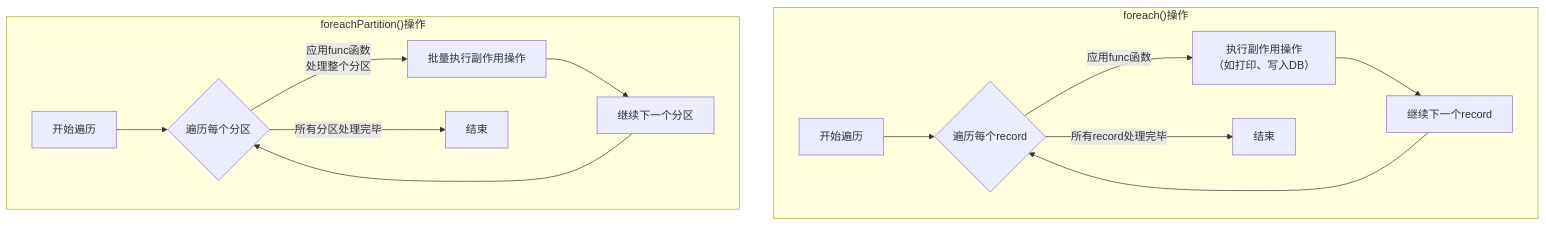
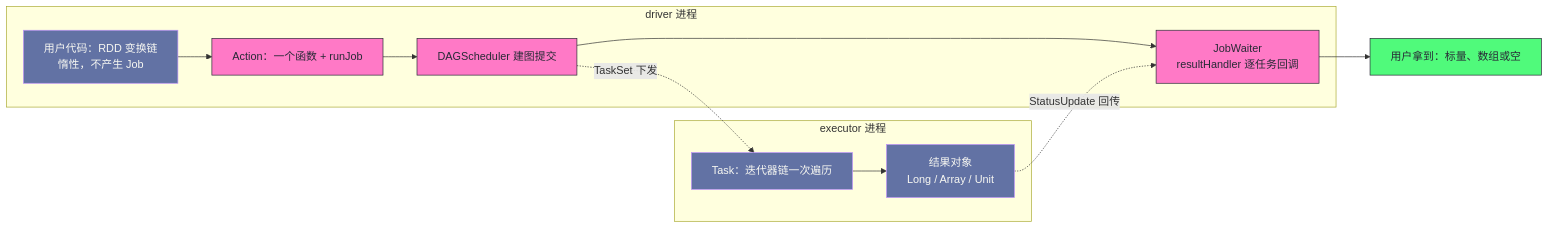
One commit to hpliStartAgain/my-brain changed the first of 6 diagrams in content/大数据/Spark/读书笔记-spark内核/01_核心概念与基础/4. Spark_RDD_Action_操作深度解析.md. Above: the diagram before and after it, drawn with Mermaid. The commit also changed other lines of this file and 259 other files, not shown here.

````diff
--- a/content/大数据/Spark/读书笔记-spark内核/01_核心概念与基础/4. Spark_RDD_Action_操作深度解析.md
+++ b/content/大数据/Spark/读书笔记-spark内核/01_核心概念与基础/4. Spark_RDD_Action_操作深度解析.md
@@ -161,18 +39,21 @@
 ```mermaid
-flowchart TD
-    subgraph "foreach()操作"
-        A["开始遍历"] --> B{"遍历每个record"}
-        B -->|"应用func函数"| C["执行副作用操作<br>（如打印、写入DB）"]
-        C --> D["继续下一个record"]
-        D --> B
-        B -->|"所有record处理完毕"| E["结束"]
+%%{init: {'theme': 'dracula'}}%%
+flowchart LR
+    subgraph DRV["driver 进程"]
+        A["用户代码：RDD 变换链<br/>惰性，不产生 Job"] --> B["Action：一个函数 + runJob"]
+        B --> C["DAGScheduler 建图提交"]
+        C --> D["JobWaiter<br/>resultHandler 逐任务回调"]
     end
-    
-    subgraph "foreachPartition()操作"
-        F["开始遍历"] --> G{"遍历每个分区"}
-        G -->|"应用func函数<br>处理整个分区"| H["批量执行副作用操作"]
-        H --> I["继续下一个分区"]
-        I --> G
-        G -->|"所有分区处理完毕"| J["结束"]
+    subgraph EXE["executor 进程"]
+        T["Task：迭代器链一次遍历"] --> R["结果对象<br/>Long / Array / Unit"]
     end
+    C -. "TaskSet 下发" .-> T
+    R -. "StatusUpdate 回传" .-> D
+    D --> O["用户拿到：标量、数组或空"]
+    classDef lazy fill:#6272a4,stroke:#bd93f9,color:#f8f8f2
+    classDef hot fill:#ff79c6,stroke:#282a36,color:#282a36
+    classDef out fill:#50fa7b,stroke:#282a36,color:#282a36
+    class A,T,R lazy
+    class B,C,D hot
+    class O out
 ```
````
